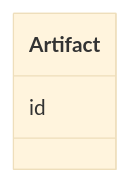
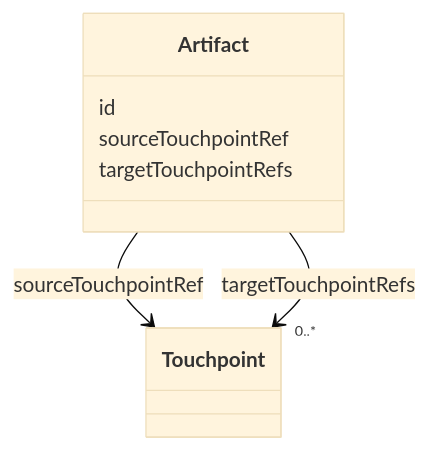
One commit to Bang2985/spec-ujg changed the diagram in specs/ed/modules/artifact/index.md. Above: the diagram before and after it, drawn with Mermaid (base theme). The commit also changed other lines of this file and 92 other files, not shown here.

````diff
--- a/specs/ed/modules/artifact/index.md
+++ b/specs/ed/modules/artifact/index.md
@@ -30,6 +44,11 @@
 ```mermaid
 classDiagram
+  class Touchpoint
   class Artifact {
     id
+    sourceTouchpointRef
+    targetTouchpointRefs
   }
+  Artifact --> Touchpoint : sourceTouchpointRef
+  Artifact --> "0..*" Touchpoint : targetTouchpointRefs
 ```
````
